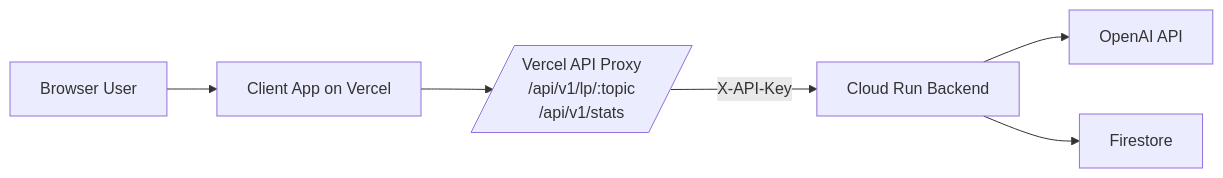
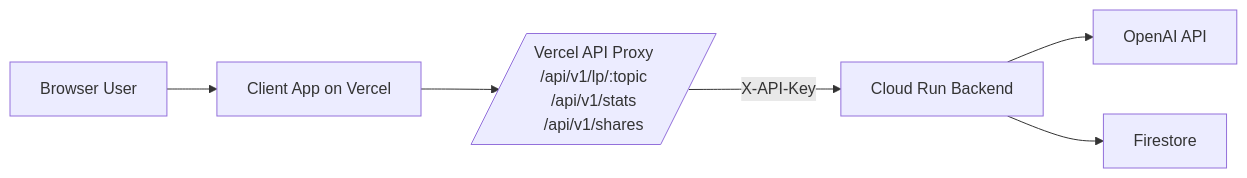
Before and after one commit to yixin0829/lp-generator: the first of 3 diagrams in DEPLOY.md, drawn with Mermaid. The commit also changed other lines of this file and 38 other files, not shown here.

````diff
--- a/DEPLOY.md
+++ b/DEPLOY.md
@@ -15,8 +15,8 @@
 ```mermaid
 flowchart LR
     U[Browser User] --> V[Client App on Vercel]
-    V --> VP[/Vercel API Proxy<br/>/api/v1/lp/:topic<br/>/api/v1/stats/]
+    V --> VP[/Vercel API Proxy<br/>/api/v1/lp/:topic<br/>/api/v1/stats<br/>/api/v1/shares/]
     VP -->|X-API-Key| CR[Cloud Run Backend]
     CR --> OAI[OpenAI API]
     CR --> FS[Firestore]
 ```
````
